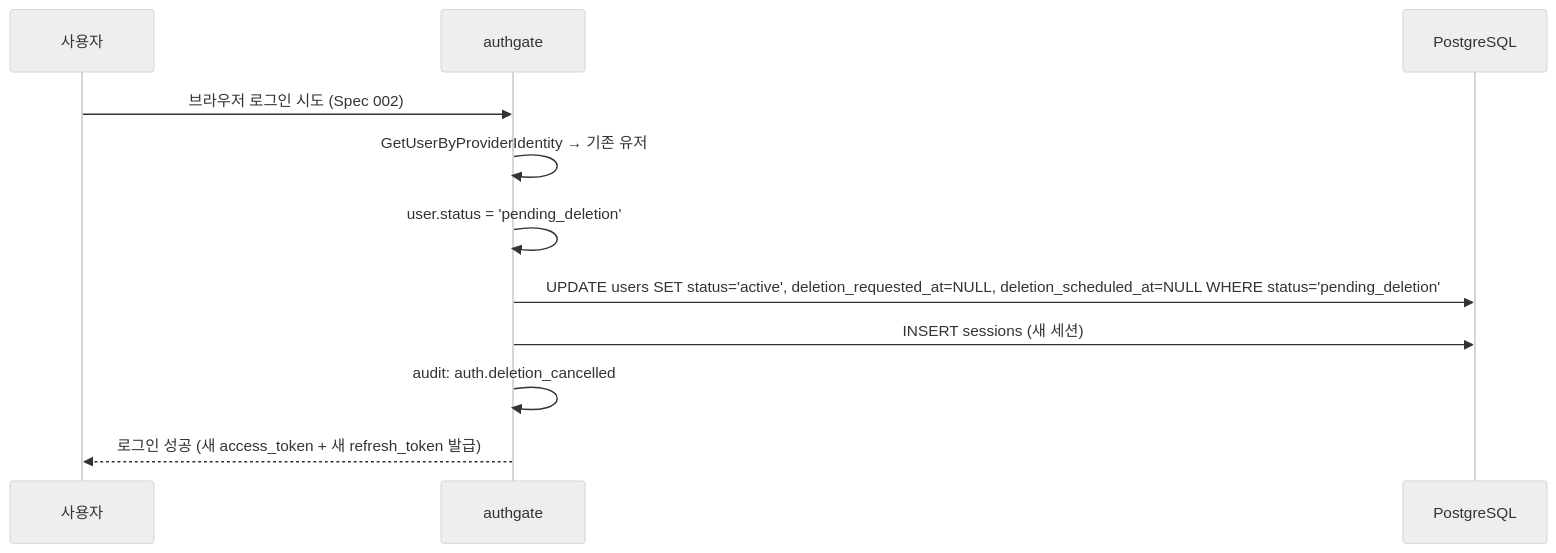
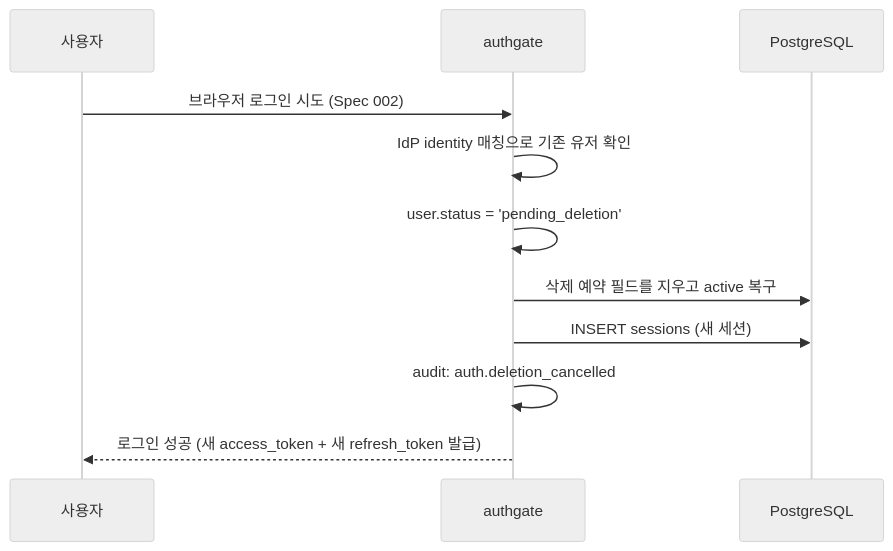
One commit to cagojeiger/authgate changed the third of 3 diagrams in docs/spec/006-account-lifecycle.md. Above: the diagram before and after it, drawn with Mermaid (neutral theme). The commit also changed other lines of this file and 15 other files, not shown here.

````diff
--- a/docs/spec/006-account-lifecycle.md
+++ b/docs/spec/006-account-lifecycle.md
@@ -81,14 +78,14 @@
 ```mermaid
 sequenceDiagram
     participant U as 사용자
     participant AG as authgate
     participant DB as PostgreSQL
 
     U->>AG: 브라우저 로그인 시도 (Spec 002)
-    AG->>AG: GetUserByProviderIdentity → 기존 유저
+    AG->>AG: IdP identity 매칭으로 기존 유저 확인
     AG->>AG: user.status = 'pending_deletion'
-    AG->>DB: UPDATE users SET status='active', deletion_requested_at=NULL, deletion_scheduled_at=NULL WHERE status='pending_deletion'
+    AG->>DB: 삭제 예약 필드를 지우고 active 복구
     AG->>DB: INSERT sessions (새 세션)
     AG->>AG: audit: auth.deletion_cancelled
     AG-->>U: 로그인 성공 (새 access_token + 새 refresh_token 발급)
 ```
````
